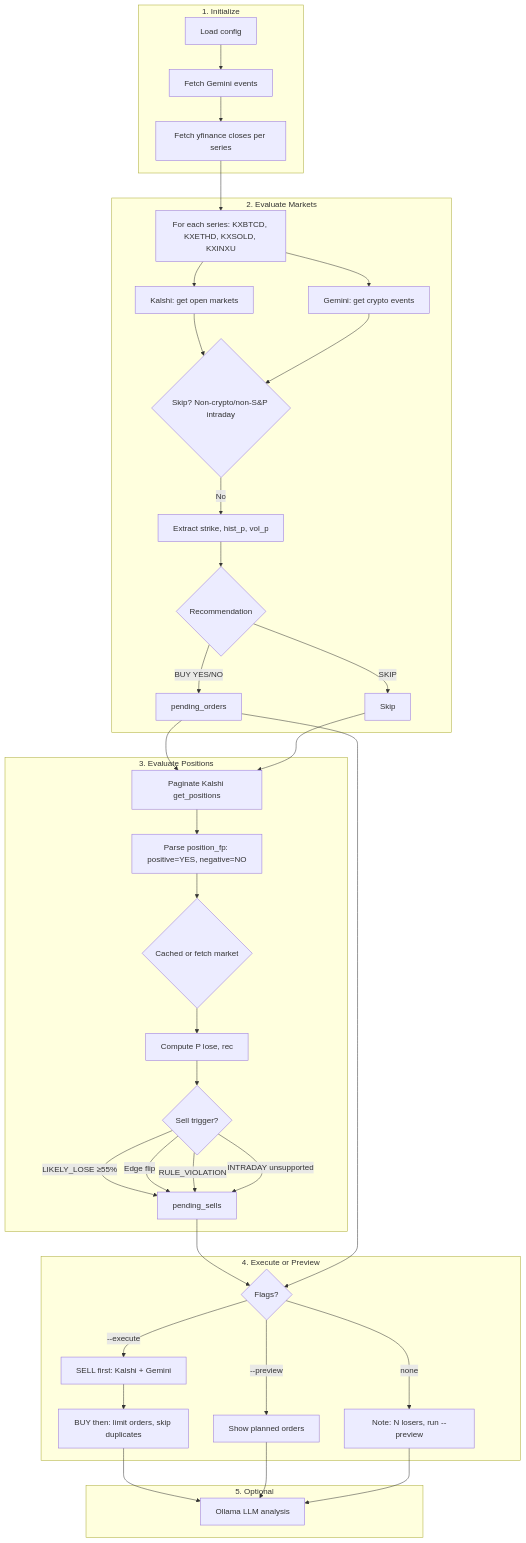
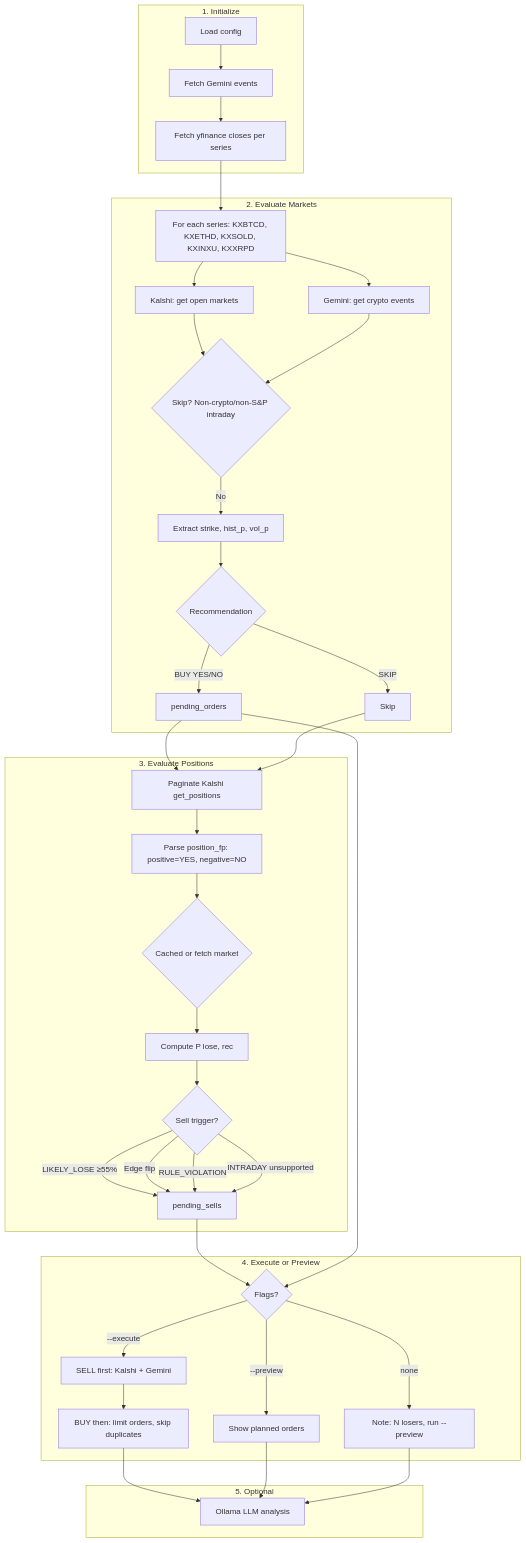
One commit to FlaggIgbo/trading-bot changed the diagram in README.md. Above: the diagram before and after it, drawn with Mermaid. The commit also changed other lines of this file and 10 other files, not shown here.

````diff
--- a/README.md
+++ b/README.md
@@ -126,50 +131,50 @@
 ```mermaid
 flowchart TB
     subgraph init["1. Initialize"]
         A[Load config] --> B[Fetch Gemini events]
         B --> C[Fetch yfinance closes per series]
     end
 
     subgraph eval["2. Evaluate Markets"]
-        C --> D[For each series: KXBTCD, KXETHD, KXSOLD, KXINXU]
+        C --> D[For each series: KXBTCD, KXETHD, KXSOLD, KXINXU, KXXRPD]
         D --> E[Kalshi: get open markets]
         D --> F[Gemini: get crypto events]
         E --> G{Skip? Non-crypto/non-S&P intraday}
         F --> G
         G -->|No| H[Extract strike, hist_p, vol_p]
         H --> I{Recommendation}
         I -->|BUY YES/NO| J[pending_orders]
         I -->|SKIP| K[Skip]
     end
 
     subgraph positions["3. Evaluate Positions"]
         L[Paginate Kalshi get_positions] --> M[Parse position_fp: positive=YES, negative=NO]
         M --> N{Cached or fetch market}
         N --> O[Compute P lose, rec]
         O --> P{Sell trigger?}
         P -->|LIKELY_LOSE ≥55%| Q[pending_sells]
         P -->|Edge flip| Q
         P -->|RULE_VIOLATION| Q
         P -->|INTRADAY unsupported| Q
     end
 
     %% Eval completes → positions (both J and K lead to next phase)
     J --> L
     K --> L
 
     subgraph execute["4. Execute or Preview"]
         Q --> R{Flags?}
         J --> R
         R -->|--execute| S[SELL first: Kalshi + Gemini]
         S --> T[BUY then: limit orders, skip duplicates]
         R -->|--preview| U[Show planned orders]
         R -->|none| V[Note: N losers, run --preview]
     end
 
     subgraph optional["5. Optional"]
         T --> W[Ollama LLM analysis]
         U --> W
         V --> W
     end
 
 ```
````
